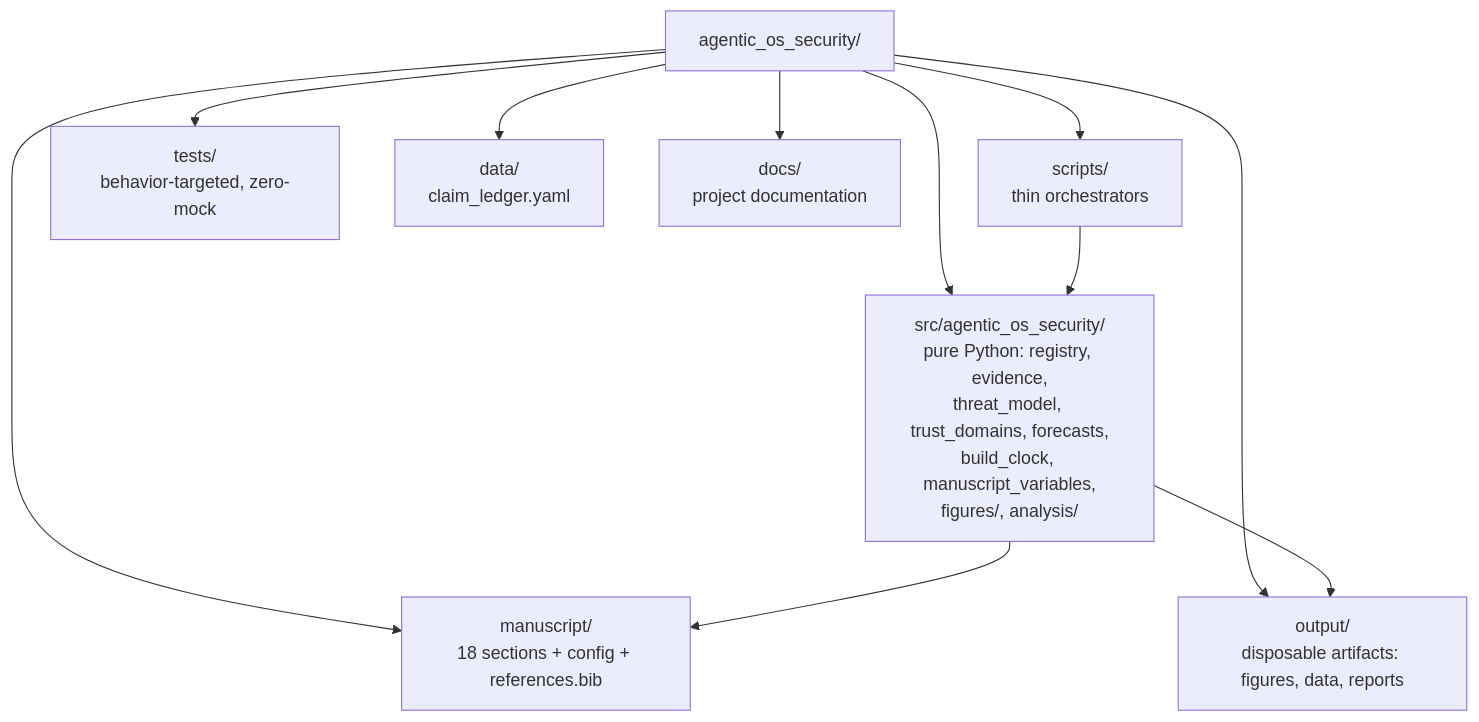
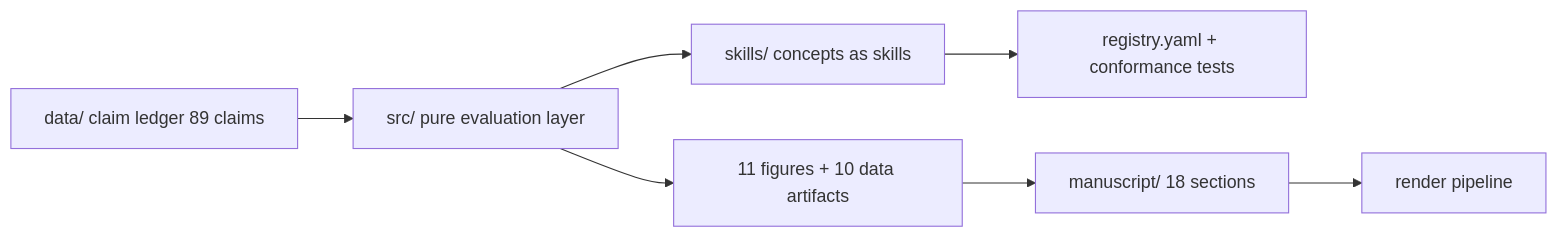
Before and after one commit to docxology/agentic_os_security: the diagram in README.md, drawn with Mermaid. The commit also changed other lines of this file and 92 other files, not shown here.

````diff
--- a/README.md
+++ b/README.md
@@ -19,14 +66,9 @@
 ```mermaid
-graph TD
-    R[agentic_os_security/]
-    R --> M[manuscript/<br/>18 sections + config + references.bib]
-    R --> S[src/agentic_os_security/<br/>pure Python: registry, evidence,<br/>threat_model, trust_domains, forecasts,<br/>build_clock, manuscript_variables,<br/>figures/, analysis/]
-    R --> SC[scripts/<br/>thin orchestrators]
-    R --> T[tests/<br/>behavior-targeted, zero-mock]
-    R --> O[output/<br/>disposable artifacts: figures, data, reports]
-    R --> D[data/<br/>claim_ledger.yaml]
-    R --> DO[docs/<br/>project documentation]
-    S --> O
-    SC --> S
-    S --> M
+flowchart LR
+    A[skills/ concepts as skills] --> R[registry.yaml + conformance tests]
+    S[src/ pure evaluation layer] --> A
+    D[data/ claim ledger 89 claims] --> S
+    M[manuscript/ 18 sections] --> P[render pipeline]
+    S --> F[11 figures + 10 data artifacts]
+    F --> M
 ```
````
